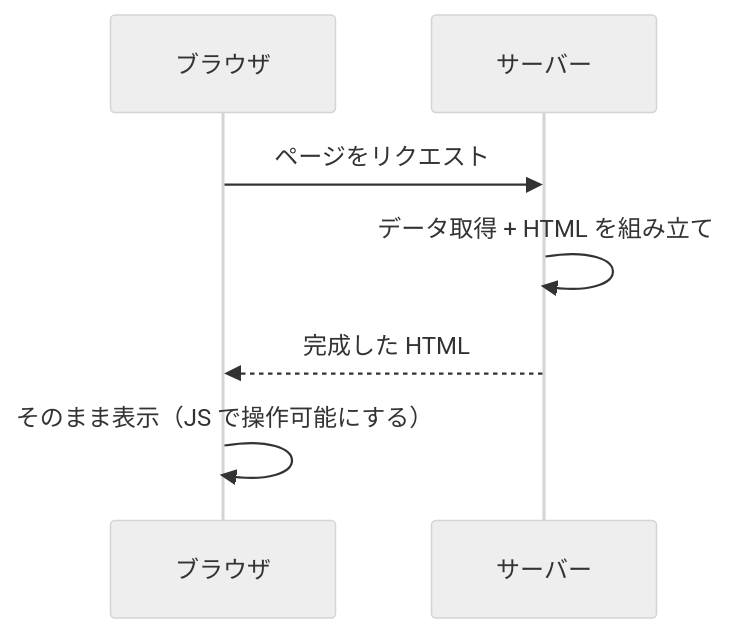
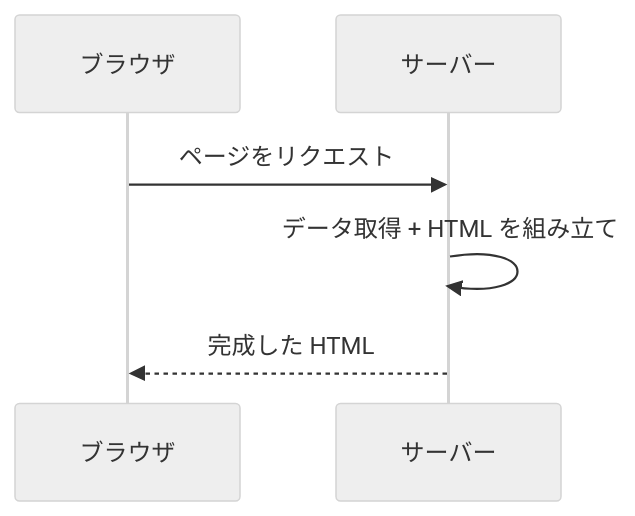
One commit to ozaki25/web-front-training-ozaki25 changed the second of 7 diagrams in docs/drafts/004/index.md. Above: the diagram before and after it, drawn with Mermaid (neutral theme). The commit also changed other lines of this file, not shown here.

First line of the commit message:
SSG/ISR を薄くし、図と表中心に書き直し

````diff
--- a/docs/drafts/004/index.md
+++ b/docs/drafts/004/index.md
@@ -35,9 +33,8 @@
 ```mermaid
 sequenceDiagram
   participant B as ブラウザ
   participant S as サーバー
   B->>S: ページをリクエスト
   S->>S: データ取得 + HTML を組み立て
   S-->>B: 完成した HTML
-  B->>B: そのまま表示（JS で操作可能にする）
 ```
````
